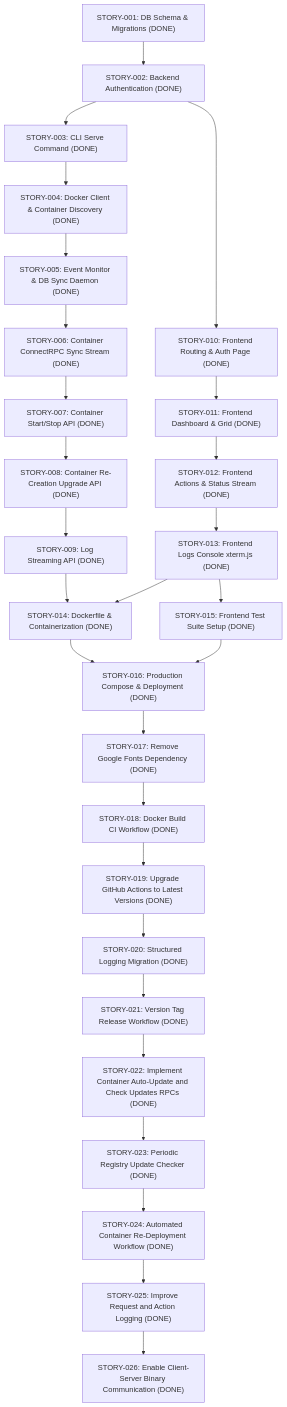
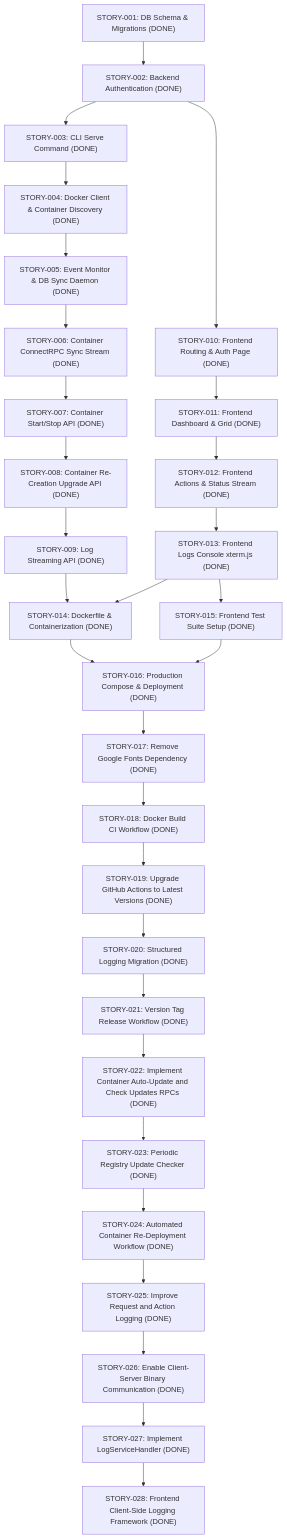
The diagram in docs/stories.md (noosxe/dmanager), drawn with Mermaid before and after one commit. The commit also changed other lines of this file and 9 other files, not shown here.

First line of the commit message:
feat: implement frontend client-side logging and synchronization framework (#48)

````diff
--- a/docs/stories.md
+++ b/docs/stories.md
@@ -5,30 +5,32 @@
 ```mermaid
 graph TD
     S1["STORY-001: DB Schema & Migrations (DONE)"] --> S2["STORY-002: Backend Authentication (DONE)"]
     S2 --> S3["STORY-003: CLI Serve Command (DONE)"]
     S3 --> S4["STORY-004: Docker Client & Container Discovery (DONE)"]
     S4 --> S5["STORY-005: Event Monitor & DB Sync Daemon (DONE)"]
     S5 --> S6["STORY-006: Container ConnectRPC Sync Stream (DONE)"]
     S6 --> S7["STORY-007: Container Start/Stop API (DONE)"]
     S7 --> S8["STORY-008: Container Re-Creation Upgrade API (DONE)"]
     S8 --> S9["STORY-009: Log Streaming API (DONE)"]
     S2 --> F1["STORY-010: Frontend Routing & Auth Page (DONE)"]
     F1 --> F2["STORY-011: Frontend Dashboard & Grid (DONE)"]
     F2 --> F3["STORY-012: Frontend Actions & Status Stream (DONE)"]
     F3 --> F4["STORY-013: Frontend Logs Console xterm.js (DONE)"]
     S9 --> S14["STORY-014: Dockerfile & Containerization (DONE)"]
     F4 --> S14
     F4 --> F5["STORY-015: Frontend Test Suite Setup (DONE)"]
     S14 --> S16["STORY-016: Production Compose & Deployment (DONE)"]
     F5 --> S16
     S16 --> F17["STORY-017: Remove Google Fonts Dependency (DONE)"]
     F17 --> S18["STORY-018: Docker Build CI Workflow (DONE)"]
     S18 --> S19["STORY-019: Upgrade GitHub Actions to Latest Versions (DONE)"]
     S19 --> S20["STORY-020: Structured Logging Migration (DONE)"]
     S20 --> S21["STORY-021: Version Tag Release Workflow (DONE)"]
     S21 --> S22["STORY-022: Implement Container Auto-Update and Check Updates RPCs (DONE)"]
     S22 --> S23["STORY-023: Periodic Registry Update Checker (DONE)"]
     S23 --> S24["STORY-024: Automated Container Re-Deployment Workflow (DONE)"]
     S24 --> S25["STORY-025: Improve Request and Action Logging (DONE)"]
     S25 --> S26["STORY-026: Enable Client-Server Binary Communication (DONE)"]
+    S26 --> S27["STORY-027: Implement LogServiceHandler (DONE)"]
+    S27 --> F28["STORY-028: Frontend Client-Side Logging Framework (DONE)"]
 ```
````
